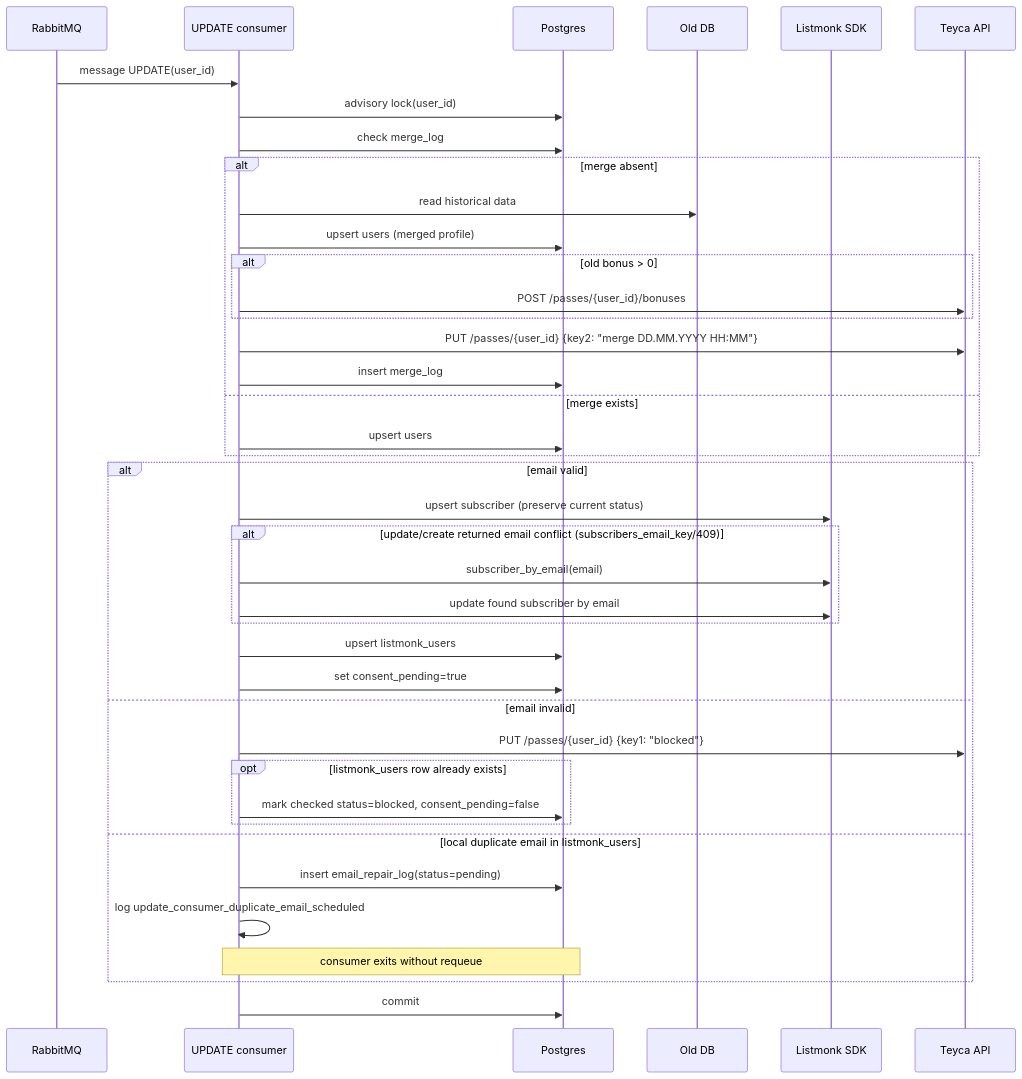
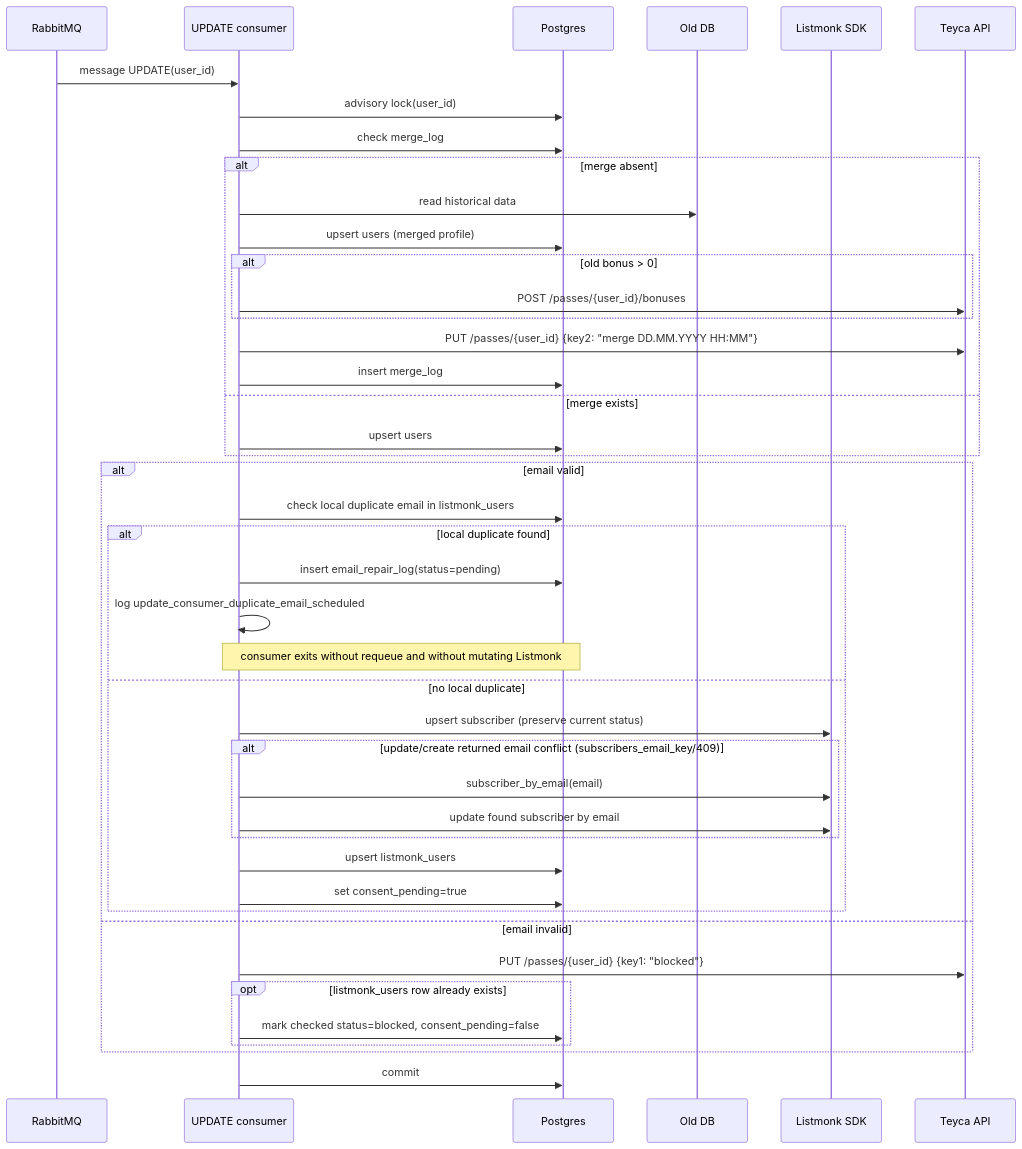
The third of 7 diagrams in docs/current-runtime-flow.md (Nikita-Silent/teyca-sync), drawn with Mermaid before and after one commit. The commit also changed other lines of this file and 13 other files, not shown here.

Commit message:
Add duplicate email remediation backfill and pre-check flow

````diff
--- a/docs/current-runtime-flow.md
+++ b/docs/current-runtime-flow.md
@@ -94,43 +97,46 @@
 ```mermaid
 sequenceDiagram
     participant RMQ as RabbitMQ
     participant U as UPDATE consumer
     participant DB as Postgres
     participant ODB as Old DB
     participant LM as Listmonk SDK
     participant TY as Teyca API
 
     RMQ->>U: message UPDATE(user_id)
     U->>DB: advisory lock(user_id)
     U->>DB: check merge_log
     alt merge absent
         U->>ODB: read historical data
         U->>DB: upsert users (merged profile)
         alt old bonus > 0
             U->>TY: POST /passes/{user_id}/bonuses
         end
         U->>TY: PUT /passes/{user_id} {key2: "merge DD.MM.YYYY HH:MM"}
         U->>DB: insert merge_log
     else merge exists
         U->>DB: upsert users
     end
     alt email valid
-        U->>LM: upsert subscriber (preserve current status)
-        alt update/create returned email conflict (subscribers_email_key/409)
-            U->>LM: subscriber_by_email(email)
-            U->>LM: update found subscriber by email
+        U->>DB: check local duplicate email in listmonk_users
+        alt local duplicate found
+            U->>DB: insert email_repair_log(status=pending)
+            U->>U: log update_consumer_duplicate_email_scheduled
+            Note over U,DB: consumer exits without requeue and without mutating Listmonk
+        else no local duplicate
+            U->>LM: upsert subscriber (preserve current status)
+            alt update/create returned email conflict (subscribers_email_key/409)
+                U->>LM: subscriber_by_email(email)
+                U->>LM: update found subscriber by email
+            end
+            U->>DB: upsert listmonk_users
+            U->>DB: set consent_pending=true
         end
-        U->>DB: upsert listmonk_users
-        U->>DB: set consent_pending=true
     else email invalid
         U->>TY: PUT /passes/{user_id} {key1: "blocked"}
         opt listmonk_users row already exists
             U->>DB: mark checked status=blocked, consent_pending=false
         end
-    else local duplicate email in listmonk_users
-        U->>DB: insert email_repair_log(status=pending)
-        U->>U: log update_consumer_duplicate_email_scheduled
-        Note over U,DB: consumer exits without requeue
     end
     U->>DB: commit
 ```
````
